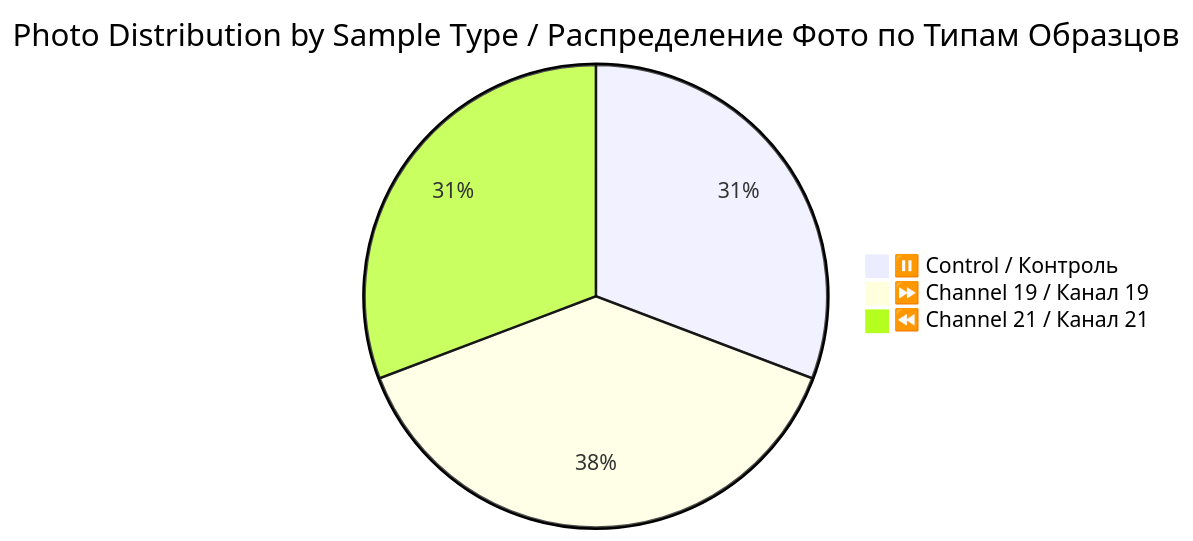
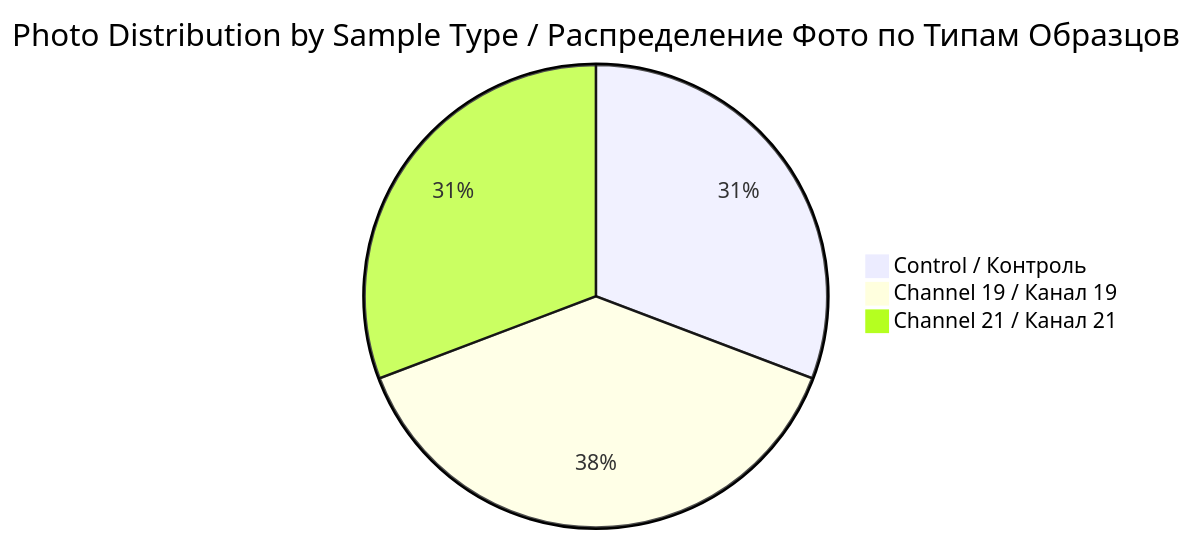
One commit to AdvancedScientificResearchProjects/Hyperbolic_Field_BloodPlasma_Study changed the first of 3 diagrams in original_research/data/patient-01/photos/README.md. Above: the diagram before and after it, drawn with Mermaid. The commit also changed other lines of this file and 46 other files, not shown here.

````diff
--- a/original_research/data/patient-01/photos/README.md
+++ b/original_research/data/patient-01/photos/README.md
@@ -15,6 +15,6 @@
 ```mermaid
 pie title Photo Distribution by Sample Type / Распределение Фото по Типам Образцов
-    "⏸️ Control / Контроль" : 4
-    "⏩ Channel 19 / Канал 19" : 5
-    "⏪ Channel 21 / Канал 21" : 4
+    " Control / Контроль" : 4
+    " Channel 19 / Канал 19" : 5
+    " Channel 21 / Канал 21" : 4
 ```
````
